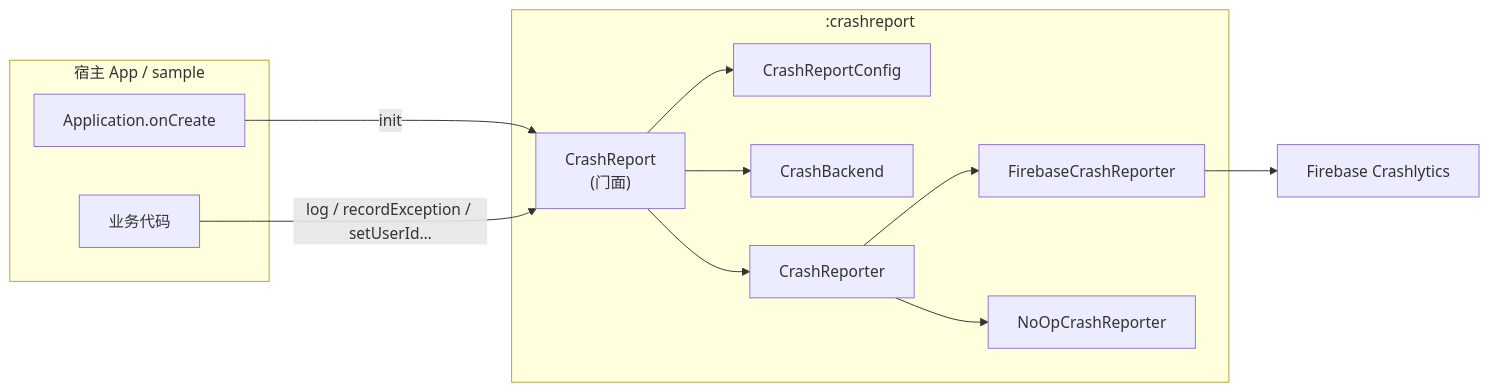
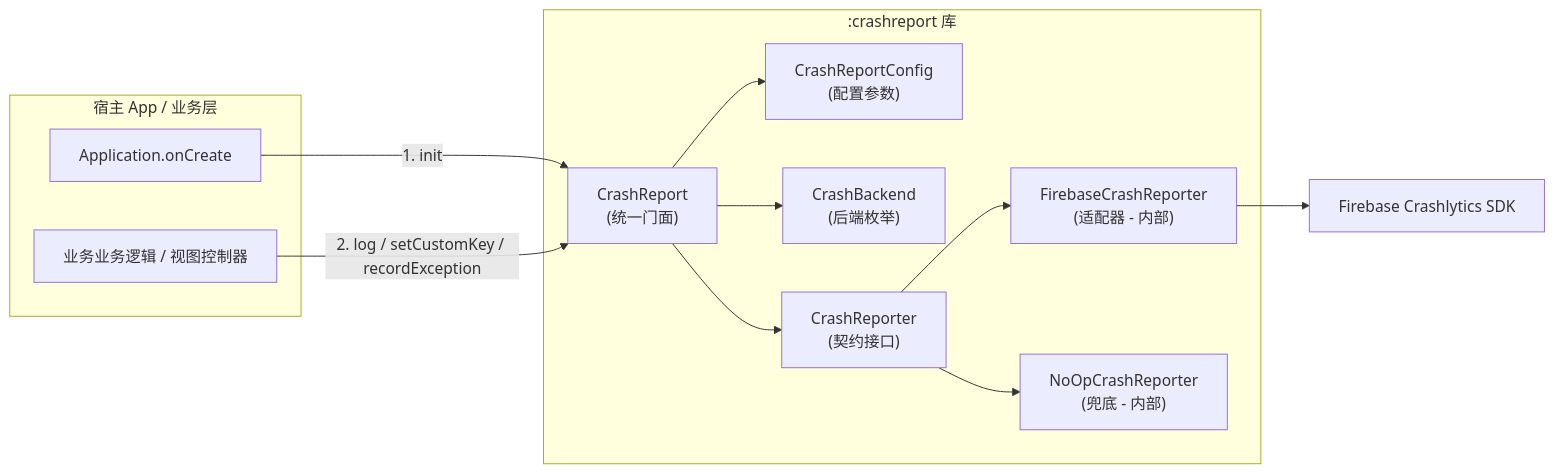
Before and after one commit to e-hai/CrashReportKit-Android: the first of 2 diagrams in README.md, drawn with Mermaid. The commit also changed other lines of this file and 1 other file, not shown here.

````diff
--- a/README.md
+++ b/README.md
@@ -22,27 +28,27 @@
 ```mermaid
 flowchart LR
-  subgraph Host["宿主 App / sample"]
+  subgraph Host["宿主 App / 业务层"]
     App["Application.onCreate"]
-    Biz["业务代码"]
+    Biz["业务业务逻辑 / 视图控制器"]
   end
 
-  subgraph SDK[":crashreport"]
-    Facade["CrashReport<br/>(门面)"]
-    Config["CrashReportConfig"]
-    BackendEnum["CrashBackend"]
-    Interface["CrashReporter"]
-    Firebase["FirebaseCrashReporter"]
-    NoOp["NoOpCrashReporter"]
+  subgraph SDK[":crashreport 库"]
+    Facade["CrashReport<br/>(统一门面)"]
+    Config["CrashReportConfig<br/>(配置参数)"]
+    BackendEnum["CrashBackend<br/>(后端枚举)"]
+    Interface["CrashReporter<br/>(契约接口)"]
+    Firebase["FirebaseCrashReporter<br/>(适配器 - 内部)"]
+    NoOp["NoOpCrashReporter<br/>(兜底 - 内部)"]
   end
 
-  Vendor["Firebase Crashlytics"]
+  Vendor["Firebase Crashlytics SDK"]
 
-  App -->|init| Facade
-  Biz -->|log / recordException / setUserId…| Facade
+  App -->|1. init| Facade
+  Biz -->|2. log / setCustomKey / recordException| Facade
   Facade --> Config
   Facade --> BackendEnum
   Facade --> Interface
   Interface --> Firebase
   Interface --> NoOp
   Firebase --> Vendor
 ```
````
